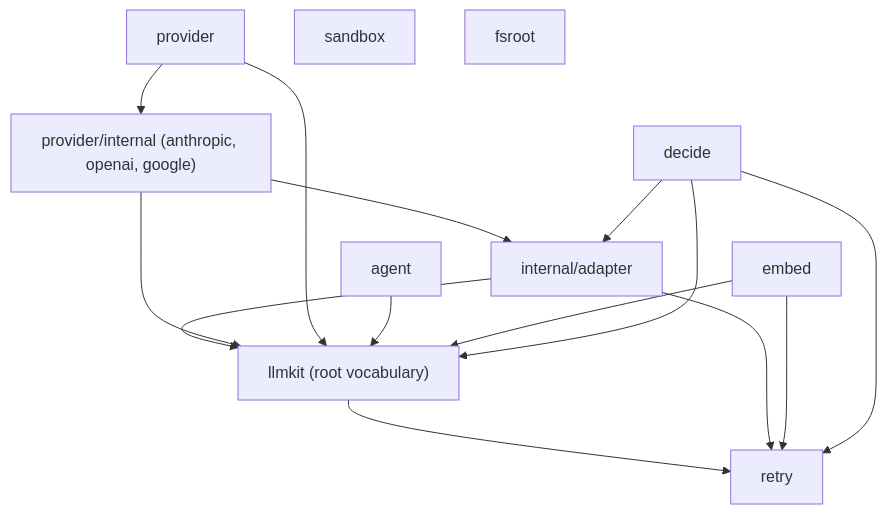
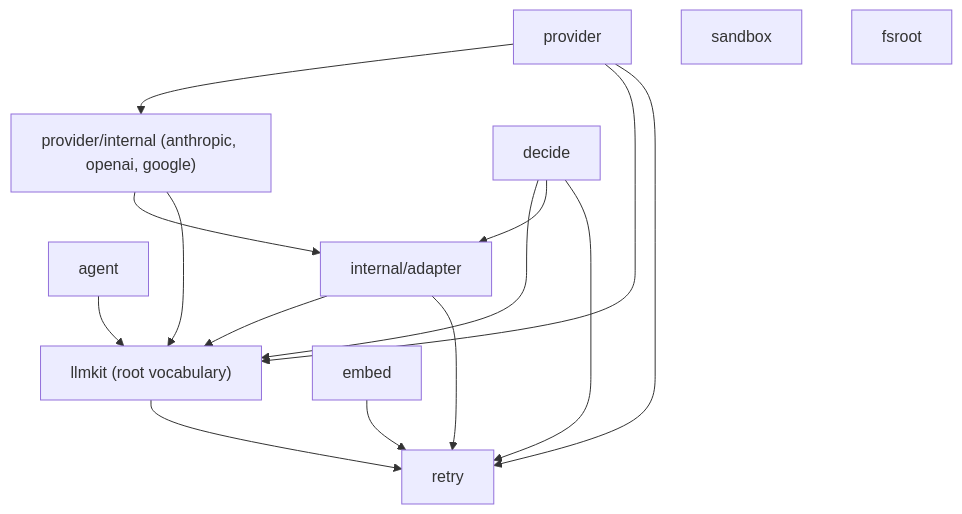
One commit to dpoage/llmkit changed the diagram in docs/design.md. Above: the diagram before and after it, drawn with Mermaid. The commit also changed other lines of this file and 14 other files, not shown here.

Commit message:
docs: layering graph names retry as the shared leaf; STE prose pass; comment compaction; test nits from oracle review

````diff
--- a/docs/design.md
+++ b/docs/design.md
@@ -12,20 +12,21 @@
 ```mermaid
 flowchart TD
     AGENT["agent"]
     PROV["provider"] --> ADAPTERS["provider/internal (anthropic, openai, google)"]
     ADAPTERS --> IA["internal/adapter"]
     IA --> ROOT["llmkit (root vocabulary)"]
     ADAPTERS --> ROOT
     PROV --> ROOT
     AGENT --> ROOT
-    EMBED["embed"] --> ROOT
+    EMBED["embed"]
     DECIDE["decide"] --> ROOT
     DECIDE --> IA
     RETRY["retry"]
     ROOT --> RETRY
     IA --> RETRY
+    PROV --> RETRY
     EMBED --> RETRY
     DECIDE --> RETRY
     SANDBOX["sandbox"]
     FSROOT["fsroot"]
 ```
````
